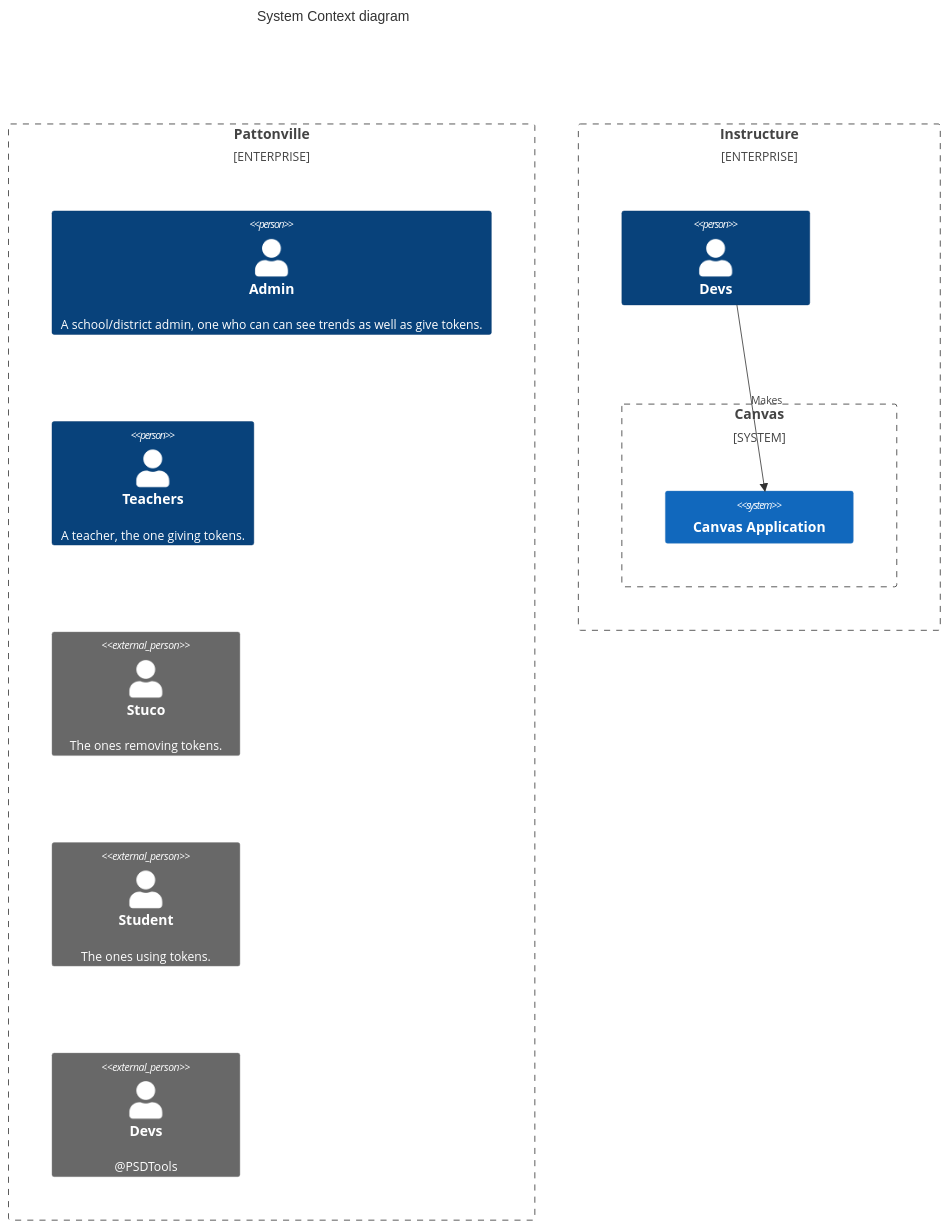
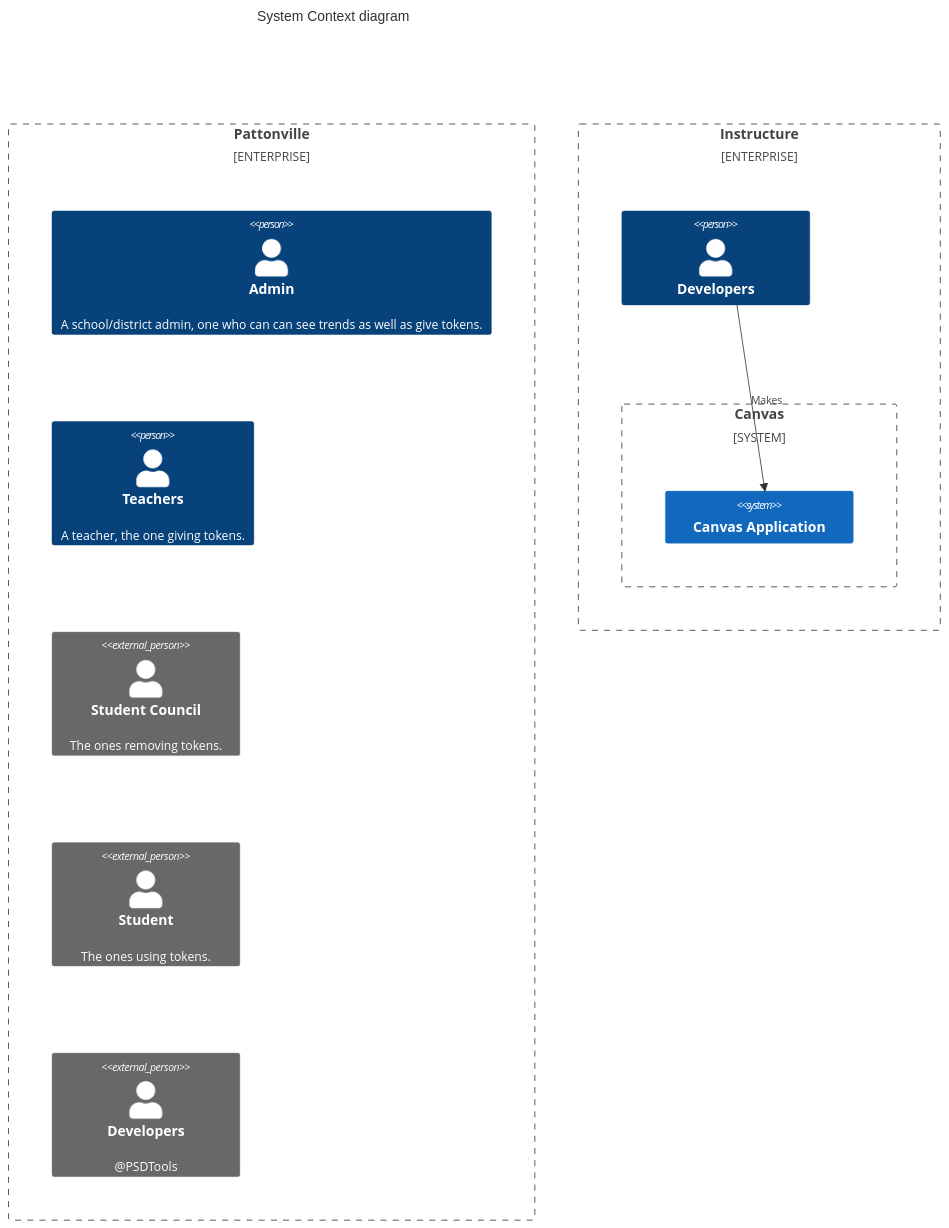
The diagram in README.md (PSDTools/app), drawn with Mermaid before and after one commit. The commit also changed 3 other files, not shown here.

````diff
--- a/README.md
+++ b/README.md
@@ -176,58 +176,58 @@
 ```mermaid
 C4Context
   title System Context diagram
 
   Enterprise_Boundary(b0, "Pattonville") {
     Person(customerA, "Admin", "A school/district admin, one who can can see trends as well as give tokens.")
     Person(customerB, "Teachers", "A teacher, the one giving tokens.")
-    Person_Ext(customerC, "Stuco", "The ones removing tokens.")
+    Person_Ext(customerC, "Student Council", "The ones removing tokens.")
     Person_Ext(customerD, "Student", "The ones using tokens.")
-    Person_Ext(customerE, "Devs", "@PSDTools")
+    Person_Ext(customerE, "Developers", "@PSDTools")
 
 
     %% System(SystemAA, "Internet Banking System", "Allows customers to view information about their bank accounts, and make payments.")
 
     %% Enterprise_Boundary(b1, "BankBoundary") {
 
       %% SystemDb_Ext(SystemE, "Mainframe Banking System", "Stores all of the core banking information about customers, accounts, transactions, etc.")
 
       %% System_Boundary(b2, "BankBoundary2") {
         %% System(SystemA, "Banking System A")
         %% System(SystemB, "Banking System B", "A system of the bank, with personal bank accounts. next line.")
       %% }
 
       %% System_Ext(SystemC, "E-mail system", "The internal Microsoft Exchange e-mail system.")
       %% SystemDb(SystemD, "Banking System D Database", "A system of the bank, with personal bank accounts.")
 
       %% Boundary(b3, "BankBoundary3", "boundary") {
         %% SystemQueue(SystemF, "Banking System F Queue", "A system of the bank.")
         %% SystemQueue_Ext(SystemG, "Banking System G Queue", "A system of the bank, with personal bank accounts.")
       %% }
     %% }
 
   }
 
 
   Enterprise_Boundary(b4, "Instructure") {
-    Person(instructure, "Devs")
+    Person(Instructure, "Developers")
 
     System_Boundary(b5, "Canvas") {
       System(CanvasApp, "Canvas Application")
     }
   }
 
 
   %% BiRel(customerA, SystemAA, "Uses")
-  Rel(instructure, CanvasApp, "Makes")
+  Rel(Instructure, CanvasApp, "Makes")
   %% BiRel(SystemAA, SystemE, "Uses")
   %% Rel(SystemAA, SystemC, "Sends e-mails", "SMTP")
   %% Rel(SystemC, customerA, "Sends e-mails to")
 
   %% UpdateElementStyle(customerA, $fontColor="red", $bgColor="grey", $borderColor="red")
   %% UpdateRelStyle(customerA, SystemAA, $textColor="blue", $lineColor="blue", $offsetX="5")
   %% UpdateRelStyle(SystemAA, SystemE, $textColor="blue", $lineColor="blue", $offsetY="-10")
   %% UpdateRelStyle(SystemAA, SystemC, $textColor="blue", $lineColor="blue", $offsetY="-40", $offsetX="-50")
   %% UpdateRelStyle(SystemC, customerA, $textColor="red", $lineColor="red", $offsetX="-50", $offsetY="20")
 
   %% UpdateLayoutConfig($c4ShapeInRow="3", $c4BoundaryInRow="1")
 ```
````
